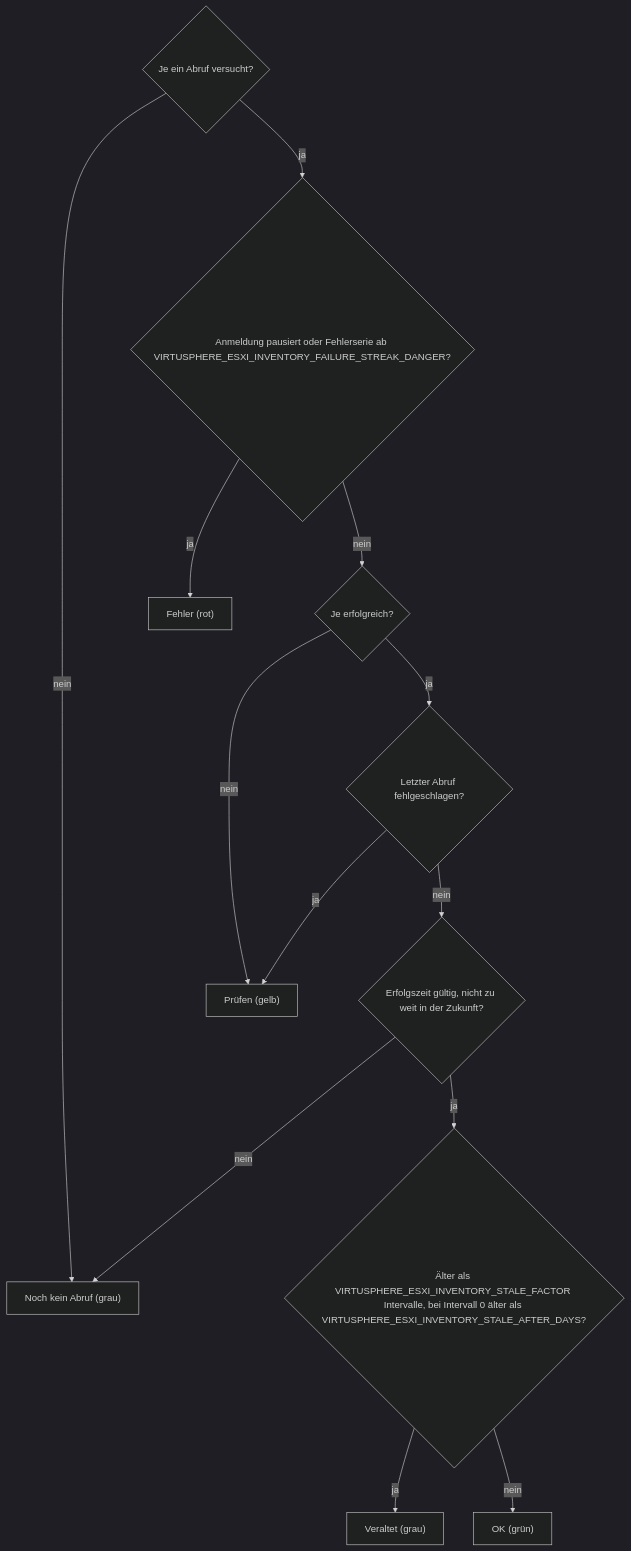
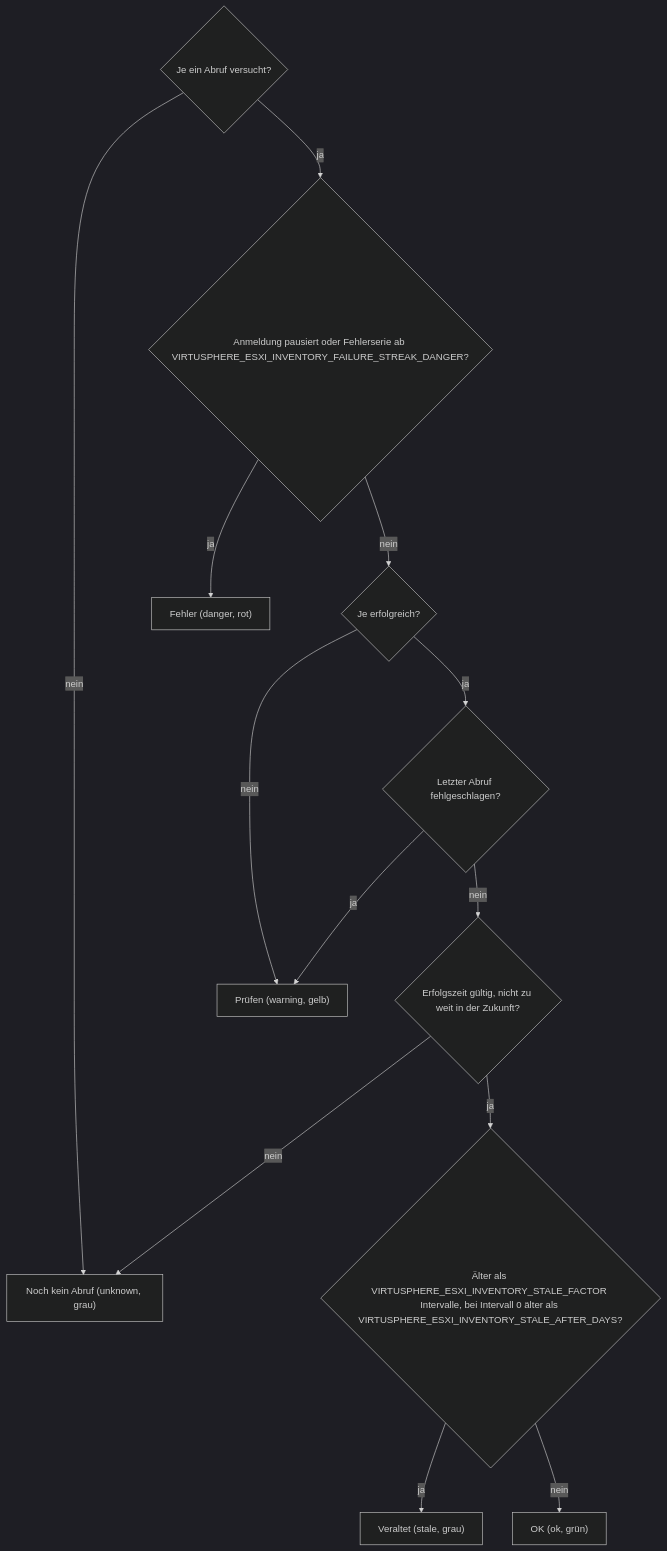
The fifth of 8 diagrams in docs/operations/system-status-checks.md (Samy94M/VirtuSphere-v2-WebApp), drawn with Mermaid (dark theme) before and after one commit. The commit also changed other lines of this file and 32 other files, not shown here.

````diff
--- a/docs/operations/system-status-checks.md
+++ b/docs/operations/system-status-checks.md
@@ -147,15 +147,15 @@
 ```mermaid
 flowchart TD
-  A{"Je ein Abruf versucht?"} -->|nein| U["Noch kein Abruf (grau)"]
+  A{"Je ein Abruf versucht?"} -->|nein| U["Noch kein Abruf (unknown, grau)"]
   A -->|ja| B{"Anmeldung pausiert oder Fehlerserie ab VIRTUSPHERE_ESXI_INVENTORY_FAILURE_STREAK_DANGER?"}
-  B -->|ja| D["Fehler (rot)"]
+  B -->|ja| D["Fehler (danger, rot)"]
   B -->|nein| C{"Je erfolgreich?"}
-  C -->|nein| W["Prüfen (gelb)"]
+  C -->|nein| W["Prüfen (warning, gelb)"]
   C -->|ja| F{"Letzter Abruf fehlgeschlagen?"}
   F -->|ja| W
   F -->|nein| T{"Erfolgszeit gültig, nicht zu weit in der Zukunft?"}
   T -->|nein| U
   T -->|ja| E{"Älter als VIRTUSPHERE_ESXI_INVENTORY_STALE_FACTOR Intervalle, bei Intervall 0 älter als VIRTUSPHERE_ESXI_INVENTORY_STALE_AFTER_DAYS?"}
-  E -->|ja| S["Veraltet (grau)"]
-  E -->|nein| O["OK (grün)"]
+  E -->|ja| S["Veraltet (stale, grau)"]
+  E -->|nein| O["OK (ok, grün)"]
 ```
````
